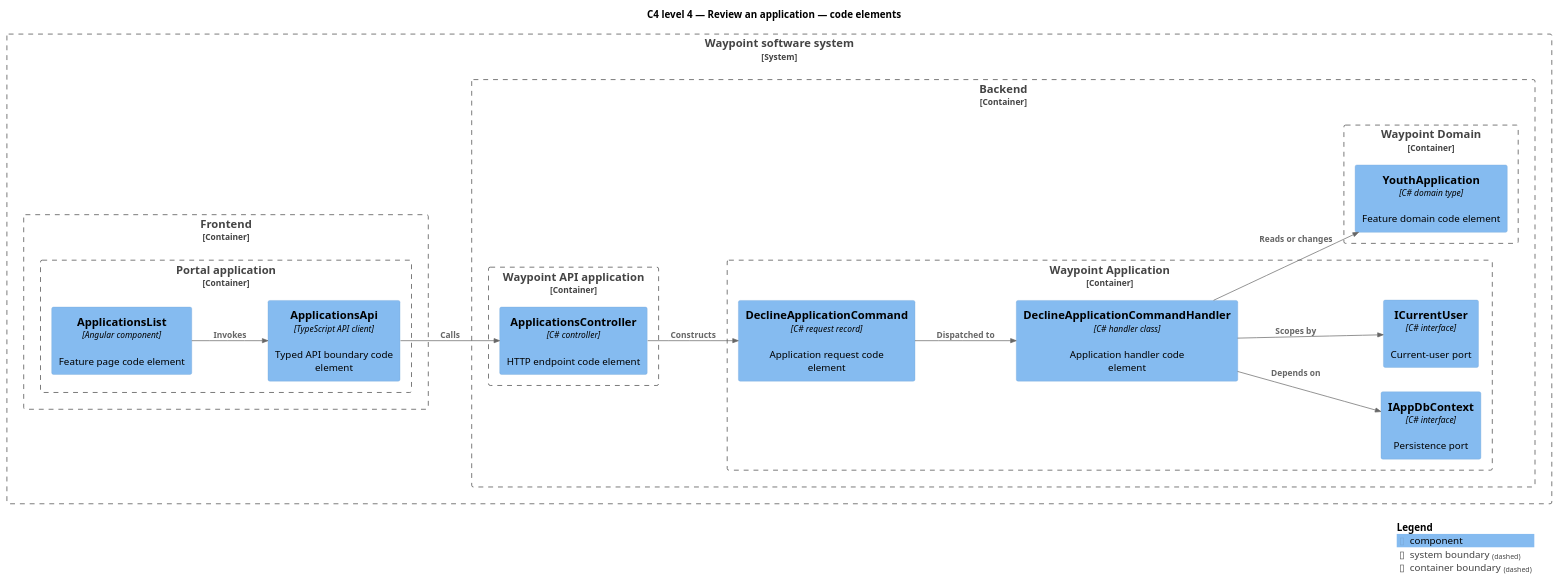
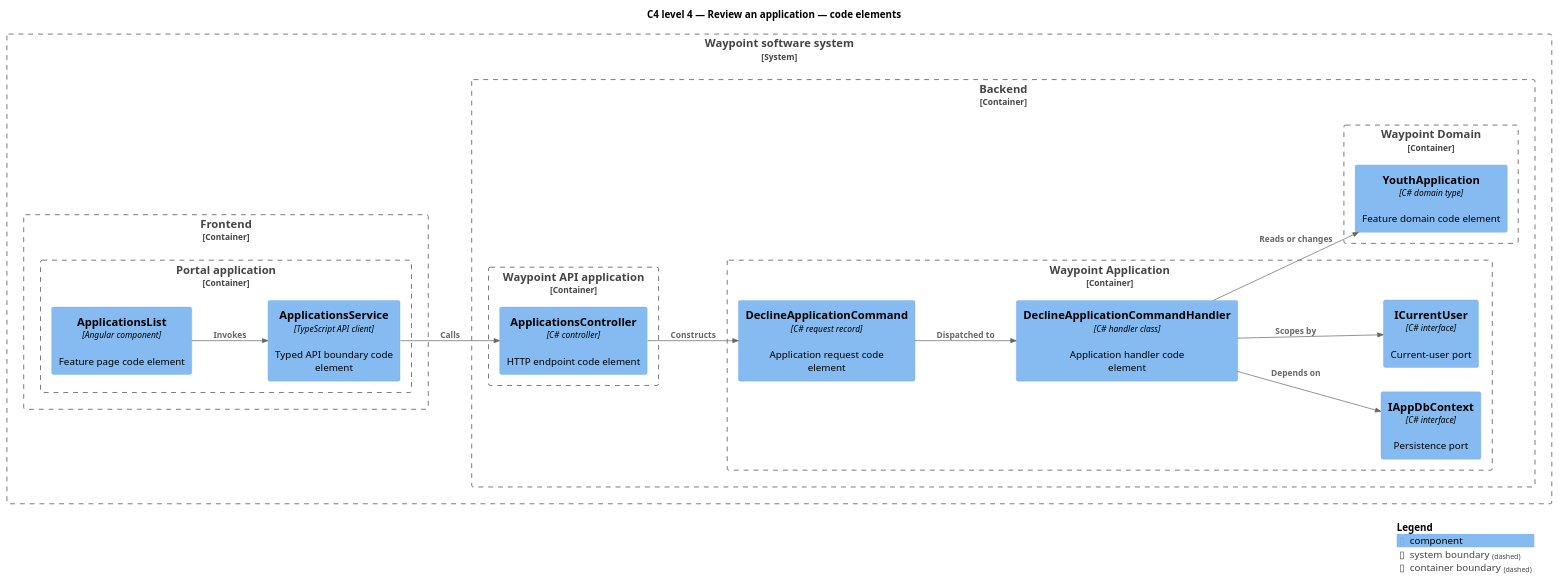
Before and after one commit to QuinntyneBrown/waypoint: the diagram in docs/detailed-designs/application-intake/review-application/diagrams/c4-code.puml, drawn with PlantUML. The commit also changed 679 other files, not shown here.

First line of the commit message:
Rename frontend API services from *Api to *Service

```diff
--- a/docs/detailed-designs/application-intake/review-application/diagrams/c4-code.puml
+++ b/docs/detailed-designs/application-intake/review-application/diagrams/c4-code.puml
@@ -1,35 +1,35 @@
 @startuml
 !include <C4/C4_Component>
 LAYOUT_LEFT_RIGHT()
 title C4 level 4 — Review an application — code elements
 System_Boundary(waypoint, "Waypoint software system") {
   Container_Boundary(frontend, "Frontend") {
     Container_Boundary(frontend_app, "Portal application") {
       Component(page, "ApplicationsList", "Angular component", "Feature page code element")
-      Component(client, "ApplicationsApi", "TypeScript API client", "Typed API boundary code element")
+      Component(client, "ApplicationsService", "TypeScript API client", "Typed API boundary code element")
     }
   }
   Container_Boundary(backend, "Backend") {
     Container_Boundary(api_app, "Waypoint API application") {
       Component(controller, "ApplicationsController", "C# controller", "HTTP endpoint code element")
     }
     Container_Boundary(application, "Waypoint Application") {
       Component(request, "DeclineApplicationCommand", "C# request record", "Application request code element")
       Component(handler, "DeclineApplicationCommandHandler", "C# handler class", "Application handler code element")
       Component(dbport, "IAppDbContext", "C# interface", "Persistence port")
       Component(current, "ICurrentUser", "C# interface", "Current-user port")
     }
     Container_Boundary(domain, "Waypoint Domain") {
       Component(entity, "YouthApplication", "C# domain type", "Feature domain code element")
     }
   }
 }
 Rel(page, client, "Invokes")
 Rel(client, controller, "Calls")
 Rel(controller, request, "Constructs")
 Rel(request, handler, "Dispatched to")
 Rel(handler, dbport, "Depends on")
 Rel(handler, current, "Scopes by")
 Rel(handler, entity, "Reads or changes")
 SHOW_LEGEND()
 @enduml
```
